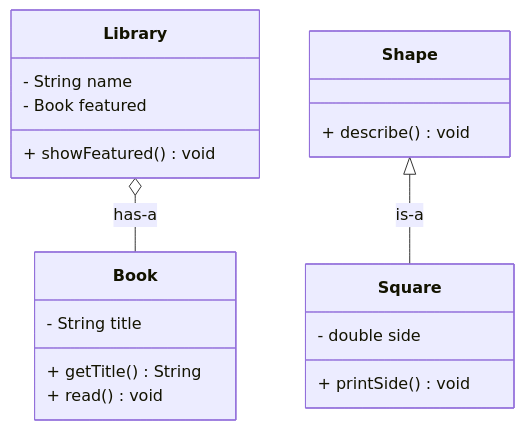
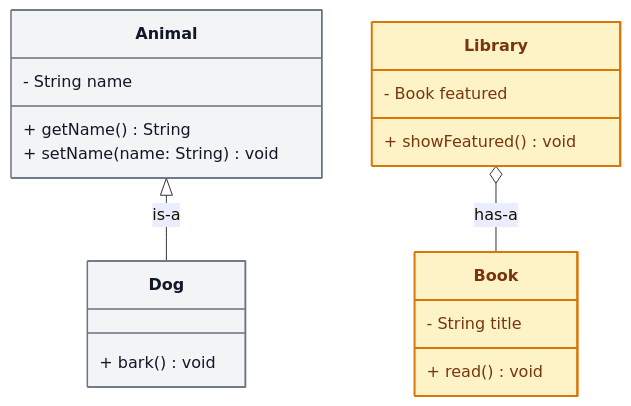
The tenth of 10 diagrams in lectures-and-labs/week09/inheritance_lab/README.md (danielcregg/object-oriented-computing), drawn with Mermaid before and after one commit. The commit also changed other lines of this file and 1 other file, not shown here.

````diff
--- a/lectures-and-labs/week09/inheritance_lab/README.md
+++ b/lectures-and-labs/week09/inheritance_lab/README.md
@@ -595,22 +502,25 @@
 ```mermaid
 classDiagram
+    Animal <|-- Dog : is-a
     Library o-- Book : has-a
-    Shape <|-- Square : is-a
+    class Animal {
+        - String name
+        + getName() String
+        + setName(name: String) void
+    }
+    class Dog {
+        + bark() void
+    }
     class Library {
-        - String name
         - Book featured
         + showFeatured() void
     }
     class Book {
         - String title
-        + getTitle() String
         + read() void
     }
-    class Shape {
-        + describe() void
-    }
-    class Square {
-        - double side
-        + printSide() void
-    }
+    style Animal fill:#f3f4f6,stroke:#6b7280,stroke-width:1.5px,color:#111827
+    style Dog fill:#f3f4f6,stroke:#6b7280,stroke-width:1.5px,color:#111827
+    style Library fill:#fef3c7,stroke:#d97706,stroke-width:2px,color:#78350f
+    style Book fill:#fef3c7,stroke:#d97706,stroke-width:2px,color:#78350f
 ```
````
